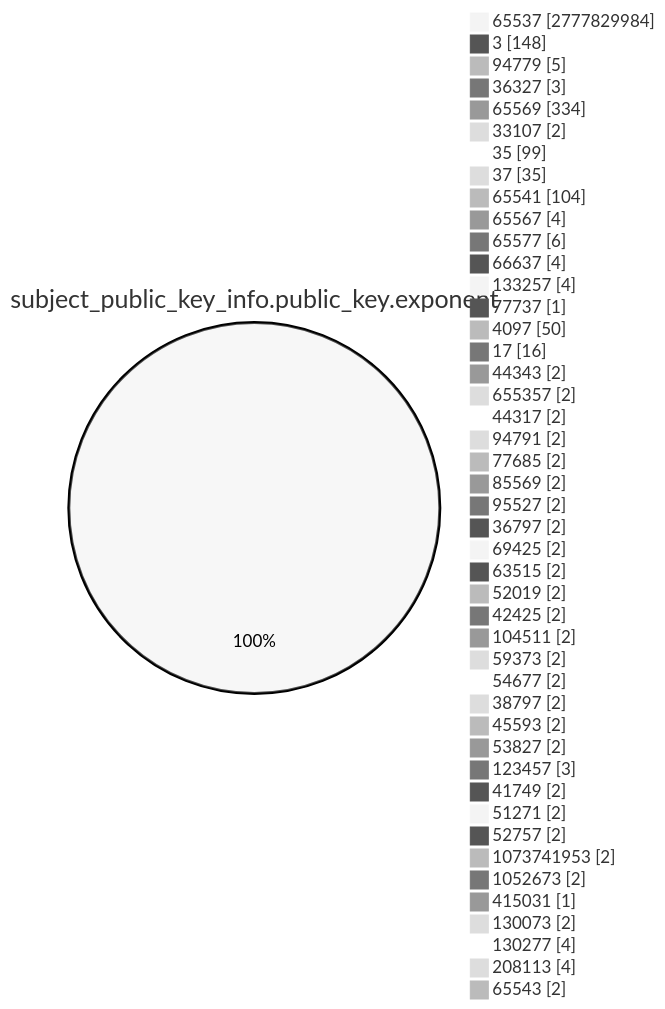
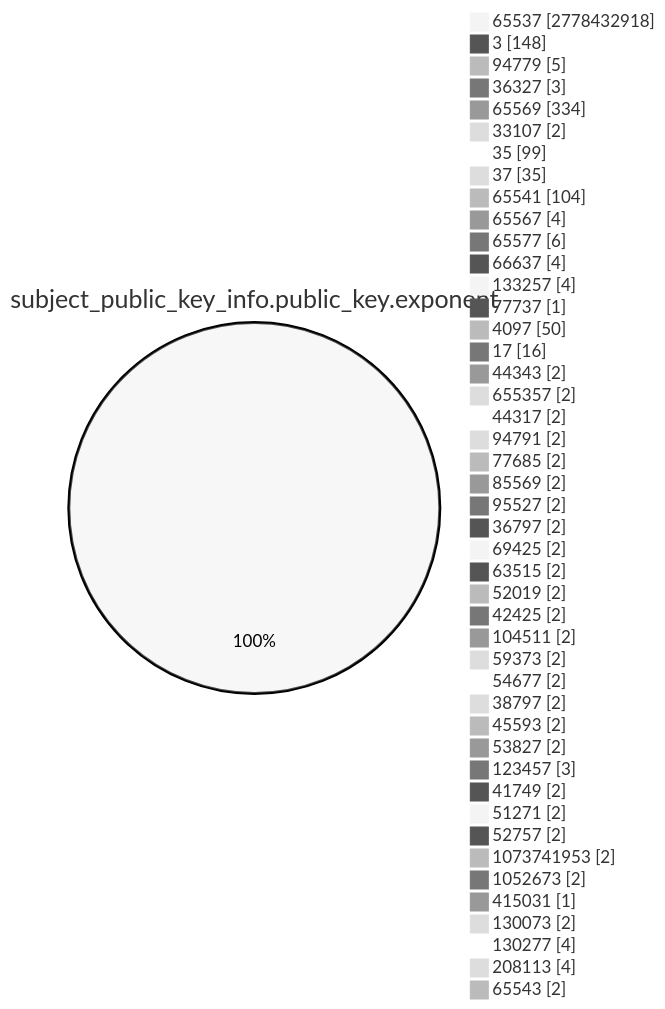
Before and after one commit to christiankrug/ctmonitor_visualization: the fourth of 15 diagrams in TOTAL/README.md, drawn with Mermaid (neutral theme). The commit also changed other lines of this file, not shown here.

````diff
--- a/TOTAL/README.md
+++ b/TOTAL/README.md
@@ -1467,49 +1467,49 @@
 ```mermaid
 pie showData
 title subject_public_key_info.public_key.exponent
-"65537" :2777829984
+"65537" :2778432918
 "3" :148
 "94779" :5
 "36327" :3
 "65569" :334
 "33107" :2
 "35" :99
 "37" :35
 "65541" :104
 "65567" :4
 "65577" :6
 "66637" :4
 "133257" :4
 "77737" :1
 "4097" :50
 "17" :16
 "44343" :2
 "655357" :2
 "44317" :2
 "94791" :2
 "77685" :2
 "85569" :2
 "95527" :2
 "36797" :2
 "69425" :2
 "63515" :2
 "52019" :2
 "42425" :2
 "104511" :2
 "59373" :2
 "54677" :2
 "38797" :2
 "45593" :2
 "53827" :2
 "123457" :3
 "41749" :2
 "51271" :2
 "52757" :2
 "1073741953" :2
 "1052673" :2
 "415031" :1
 "130073" :2
 "130277" :4
 "208113" :4
 "65543" :2
 ```
````
